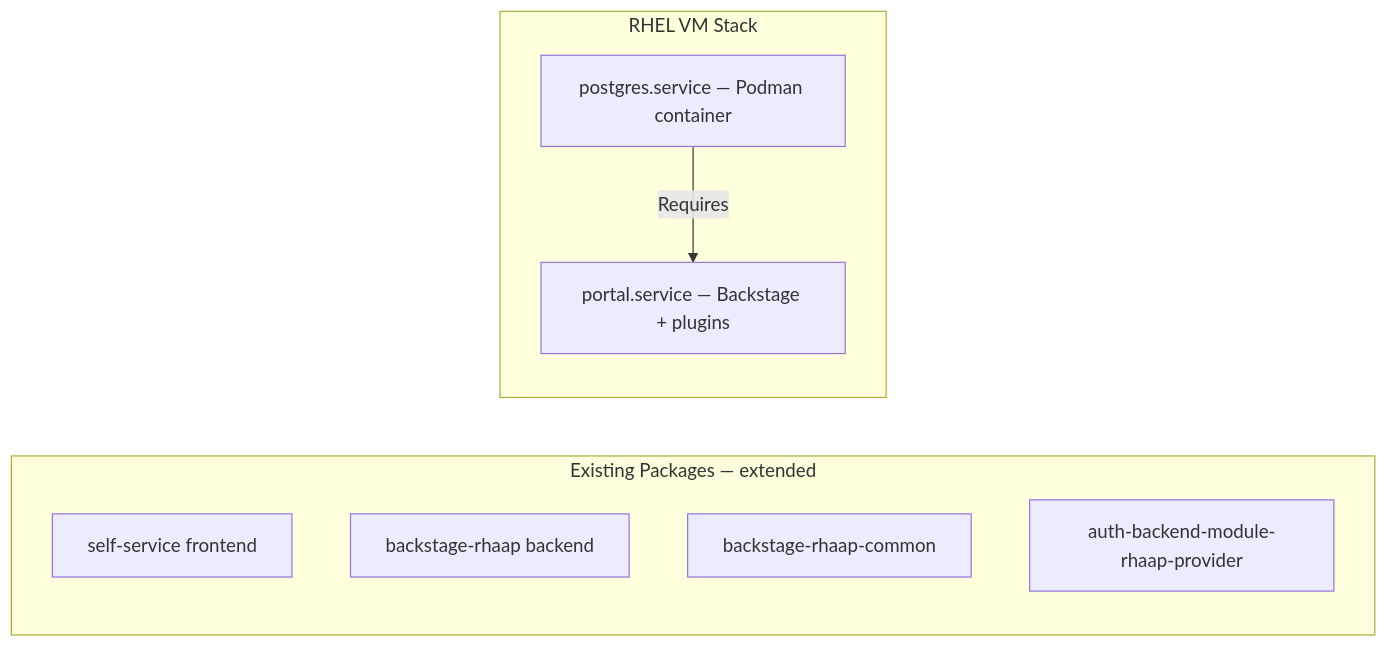
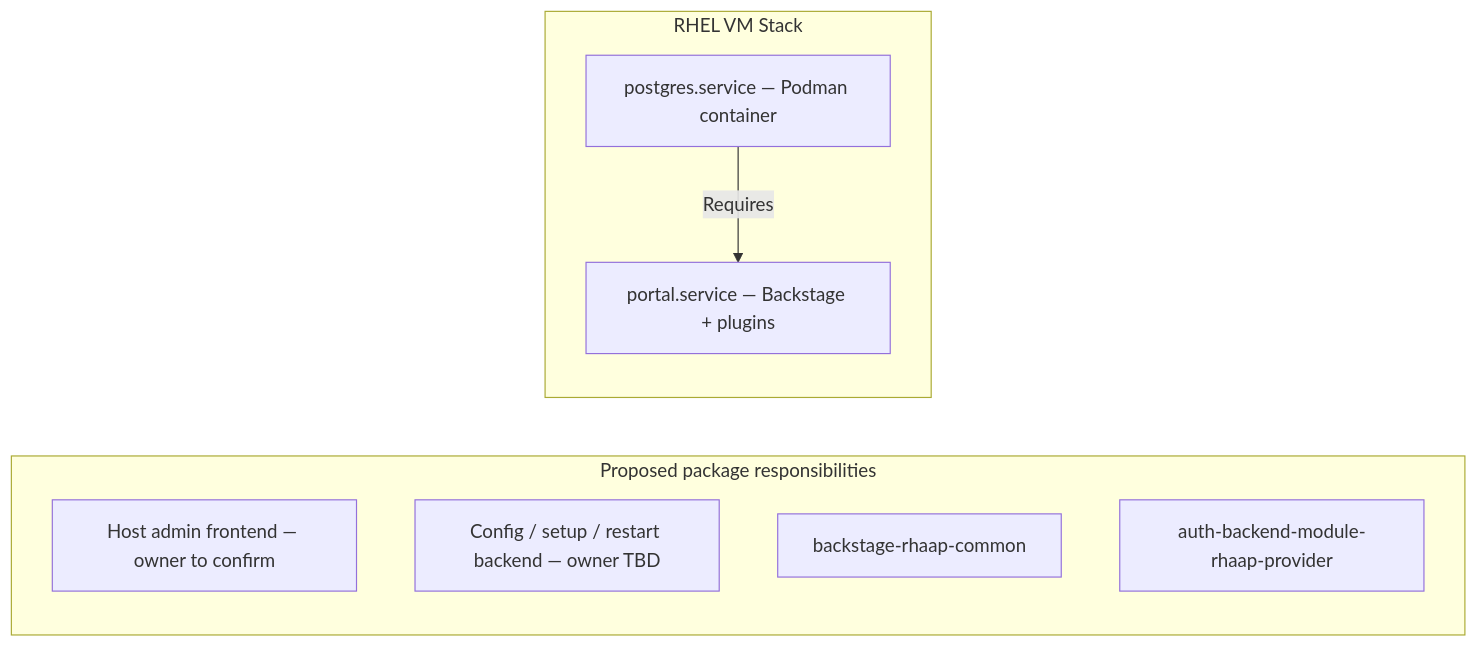
The diagram in docs/adrs/host/005-deployment-architecture.md (abhikdps/ansible-backstage-plugins), drawn with Mermaid before and after one commit. The commit also changed other lines of this file and 17 other files, not shown here.

````diff
--- a/docs/adrs/host/005-deployment-architecture.md
+++ b/docs/adrs/host/005-deployment-architecture.md
@@ -43,15 +45,15 @@
 ```mermaid
 flowchart LR
-    subgraph plugins ["Existing Packages — extended"]
-        SS["self-service frontend"]
-        BR["backstage-rhaap backend"]
+    subgraph plugins ["Proposed package responsibilities"]
+        SS["Host admin frontend — owner to confirm"]
+        BR["Config / setup / restart backend — owner TBD"]
         BC["backstage-rhaap-common"]
         AU["auth-backend-module-rhaap-provider"]
     end
 
     subgraph rhel ["RHEL VM Stack"]
         PG["postgres.service — Podman container"]
         PORTAL["portal.service — Backstage + plugins"]
         PG -->|Requires| PORTAL
     end
 ```
````
